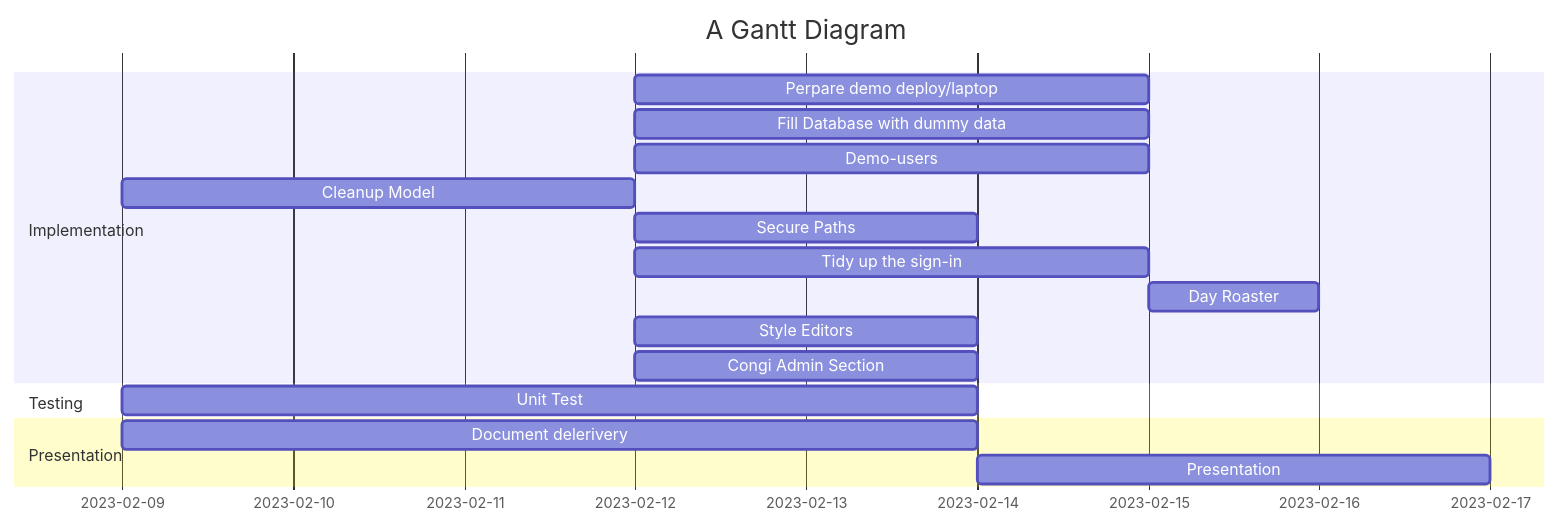
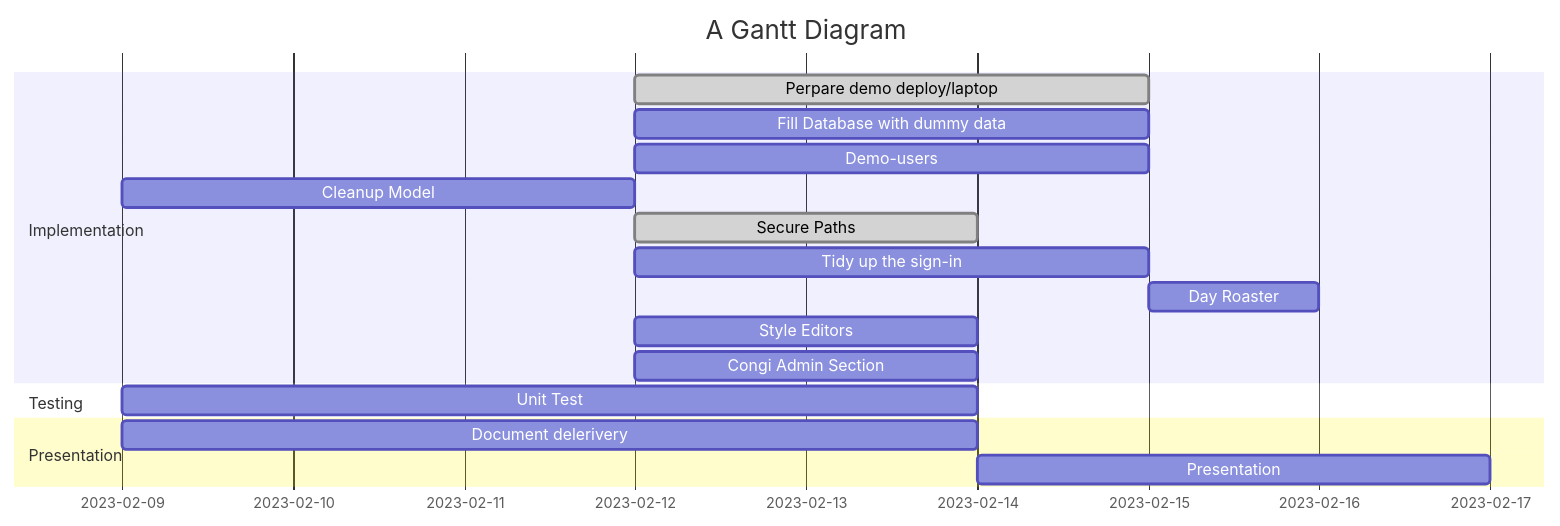
The diagram in docs/diagrams/gantt-diagram.mmd (Zsolt821201/iDentity-ml-fyp-py), drawn with Mermaid before and after one commit. The commit also changed 3 other files, not shown here.

```diff
--- a/docs/diagrams/gantt-diagram.mmd
+++ b/docs/diagrams/gantt-diagram.mmd
@@ -1,18 +1,18 @@
 gantt
     title A Gantt Diagram
     dateFormat  YYYY-MM-DD
     section Implementation
-      Perpare demo deploy/laptop :a2, after a1  , 3d
+      Perpare demo deploy/laptop :done, a2, after a1  , 3d
       Fill Database with dummy data: after a1  , 3d
       Demo-users :after a1  , 3d
       Cleanup Model    :a1, 2023-02-09, 3d
-      Secure Paths    :after a1  , 2d
+      Secure Paths    :done,after a1  , 2d
       Tidy up the sign-in     :after a1  , 3d
       Day Roaster     :a3, after a2  , 1d
       Style Editors     :after a1  , 2d
       Congi Admin Section     :after a1  , 2d
     section Testing
       Unit Test      :2023-02-09  , 5d
     section Presentation
       Document delerivery :2023-02-09  , 5d
       Presentation      : 3d
```
